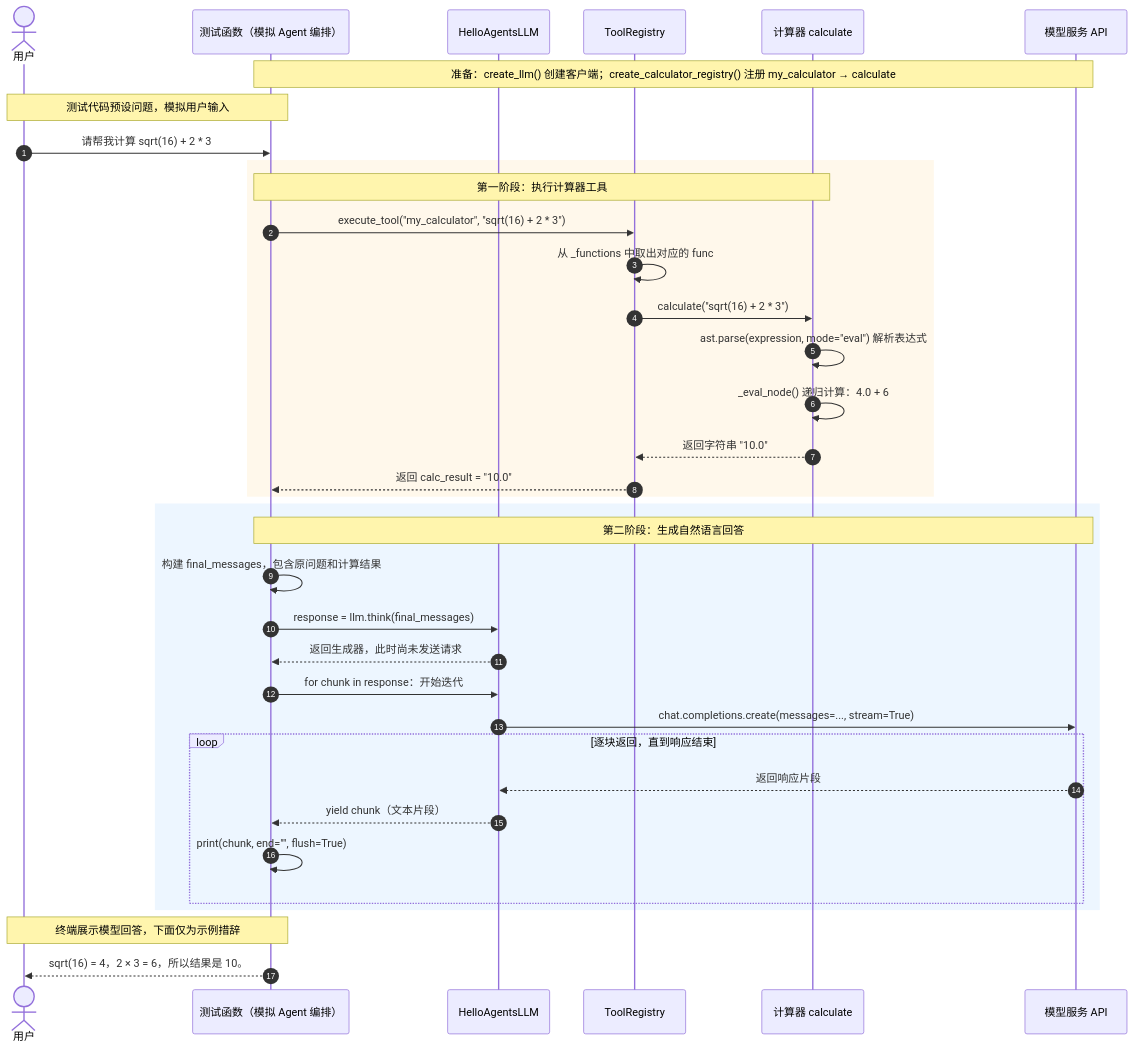
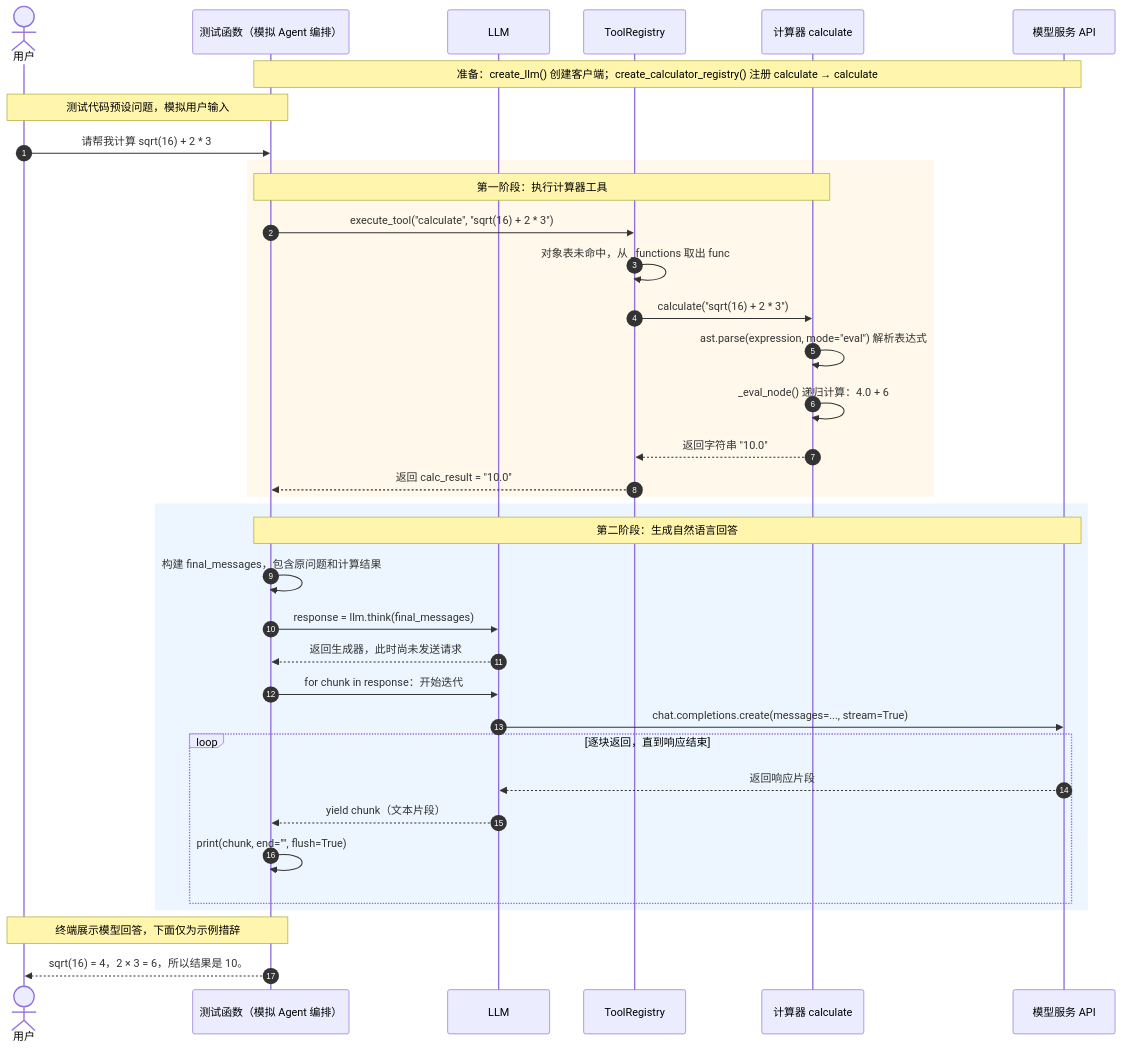
Before and after one commit to SWAlbert-0/agent-practice: the diagram in docs/计算器工具调用流程.md, drawn with Mermaid. The commit also changed other lines of this file and 40 other files, not shown here.

````diff
--- a/docs/计算器工具调用流程.md
+++ b/docs/计算器工具调用流程.md
@@ -7,42 +7,42 @@
 ```mermaid
 sequenceDiagram
     autonumber
     actor User as 用户
     participant Test as 测试函数（模拟 Agent 编排）
-    participant LLM as HelloAgentsLLM
+    participant LLM as LLM
     participant Registry as ToolRegistry
     participant Calc as 计算器 calculate
     participant API as 模型服务 API
 
-    Note over Test,API: 准备：create_llm() 创建客户端；create_calculator_registry() 注册 my_calculator → calculate
+    Note over Test,API: 准备：create_llm() 创建客户端；create_calculator_registry() 注册 calculate → calculate
     Note over User,Test: 测试代码预设问题，模拟用户输入
     User->>Test: 请帮我计算 sqrt(16) + 2 * 3
 
     rect rgb(255, 248, 235)
         Note over Test,Calc: 第一阶段：执行计算器工具
-        Test->>Registry: execute_tool("my_calculator", "sqrt(16) + 2 * 3")
-        Registry->>Registry: 从 _functions 中取出对应的 func
+        Test->>Registry: execute_tool("calculate", "sqrt(16) + 2 * 3")
+        Registry->>Registry: 对象表未命中，从 _functions 取出 func
         Registry->>Calc: calculate("sqrt(16) + 2 * 3")
         Calc->>Calc: ast.parse(expression, mode="eval") 解析表达式
         Calc->>Calc: _eval_node() 递归计算：4.0 + 6
         Calc-->>Registry: 返回字符串 "10.0"
         Registry-->>Test: 返回 calc_result = "10.0"
     end
 
     rect rgb(237, 246, 255)
         Note over Test,API: 第二阶段：生成自然语言回答
         Test->>Test: 构建 final_messages，包含原问题和计算结果
         Test->>LLM: response = llm.think(final_messages)
         LLM-->>Test: 返回生成器，此时尚未发送请求
         Test->>LLM: for chunk in response：开始迭代
         LLM->>API: chat.completions.create(messages=..., stream=True)
         loop 逐块返回，直到响应结束
             API-->>LLM: 返回响应片段
             LLM-->>Test: yield chunk（文本片段）
             Test->>Test: print(chunk, end="", flush=True)
         end
     end
 
     Note over Test,User: 终端展示模型回答，下面仅为示例措辞
     Test-->>User: sqrt(16) = 4，2 × 3 = 6，所以结果是 10。
 ```
````
